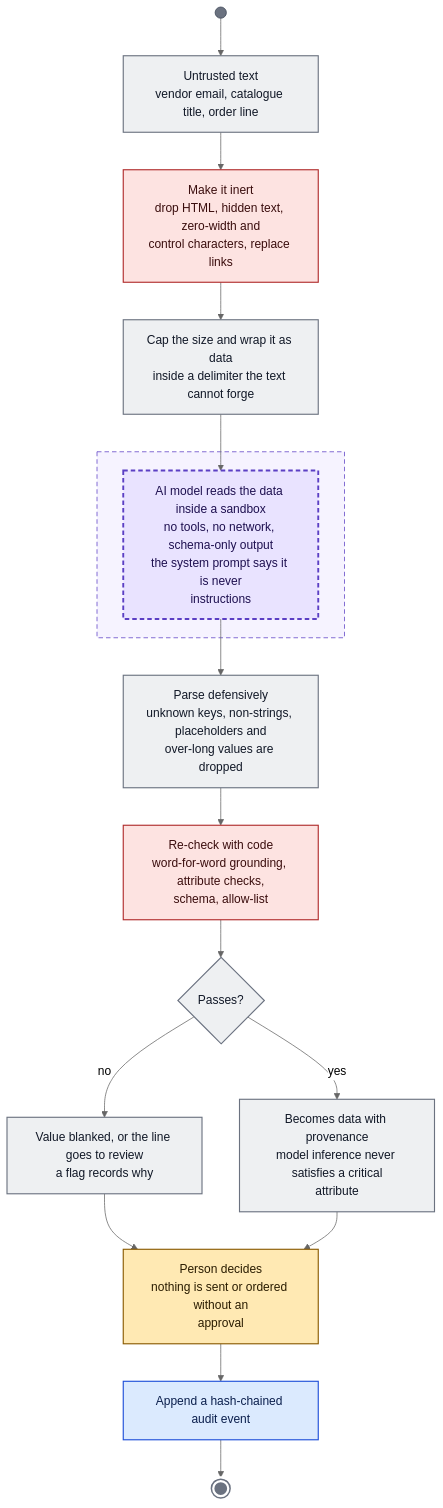
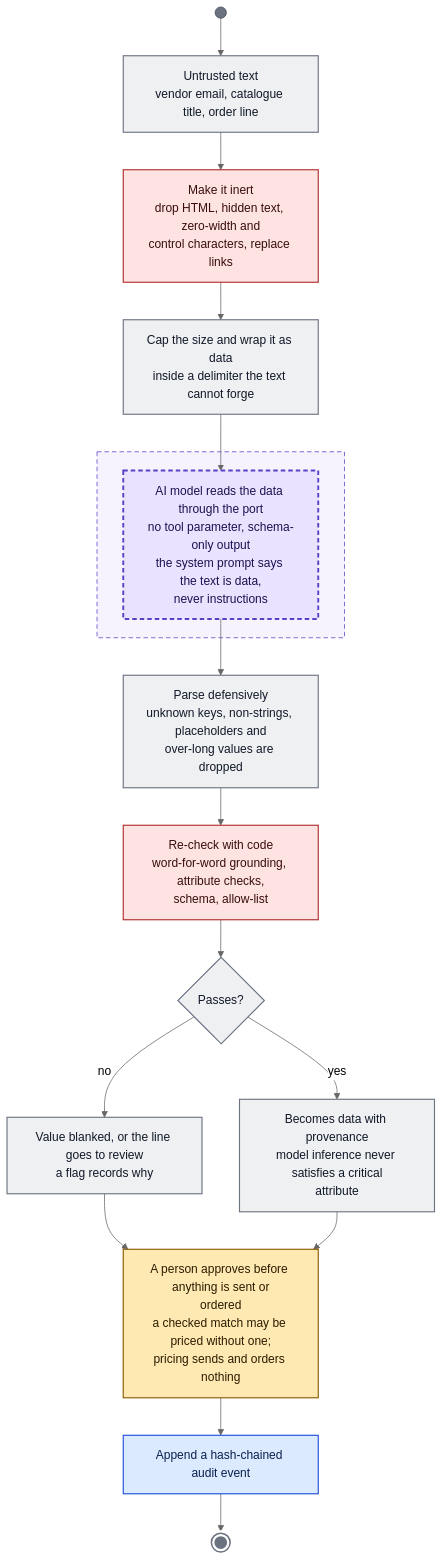
Before and after one commit to emre-akarsu/ai-commerce-ideas: the fifth of 33 diagrams in docs/architecture/activity-diagrams.md, drawn with Mermaid (neutral theme). The commit also changed other lines of this file, not shown here.

First line of the commit message:
docs: correct the activity diagrams after an independent fact-check of the remaining modules and optimizations

````diff
--- a/docs/architecture/activity-diagrams.md
+++ b/docs/architecture/activity-diagrams.md
@@ -168,28 +176,28 @@
 ```mermaid
 flowchart TB
 classDef human fill:#ffe9b3,stroke:#8a5a00,color:#2a1c00,stroke-width:1.5px
 classDef rule fill:#eef0f2,stroke:#6b7280,color:#111827,stroke-width:1.5px
 classDef ai fill:#e9e3ff,stroke:#5b3fc4,color:#1e1050,stroke-width:2.5px,stroke-dasharray:6 4
 classDef opt fill:#d8f3e4,stroke:#1b7a4a,color:#0b2e1b,stroke-width:1.5px
 classDef gate fill:#fde3e1,stroke:#b02b2b,color:#3a0d0d,stroke-width:1.5px
 classDef data fill:#dbeafe,stroke:#1d4ed8,color:#0b1f4d,stroke-width:1.5px
 classDef bar fill:#6b7280,stroke:#374151,color:#ffffff
 classDef fin fill:#6b7280,stroke:#ffffff,color:#ffffff,stroke-width:3px
 S((" ")):::bar --> m1["Untrusted text<br/>vendor email, catalogue title, order line"]:::rule
 m1 --> m2["Make it inert<br/>drop HTML, hidden text, zero-width and<br/>control characters, replace links"]:::gate
 m2 --> m3["Cap the size and wrap it as data<br/>inside a delimiter the text cannot forge"]:::rule
-subgraph SB[" "]
-  m4["AI model reads the data inside a sandbox<br/>no tools, no network, schema-only output<br/>the system prompt says it is never<br/>instructions"]:::ai
+subgraph MB[" "]
+  m4["AI model reads the data through the port<br/>no tool parameter, schema-only output<br/>the system prompt says the text is data,<br/>never instructions"]:::ai
 end
 m3 --> m4
 m4 --> m5["Parse defensively<br/>unknown keys, non-strings, placeholders and<br/>over-long values are dropped"]:::rule
 m5 --> m6["Re-check with code<br/>word-for-word grounding, attribute checks,<br/>schema, allow-list"]:::gate
 m6 --> d1{"Passes?"}:::rule
 d1 -->|"no"| m7["Value blanked, or the line goes to review<br/>a flag records why"]:::rule
 d1 -->|"yes"| m8["Becomes data with provenance<br/>model inference never satisfies a critical<br/>attribute"]:::rule
 m7 --> m9
-m8 --> m9["Person decides<br/>nothing is sent or ordered without an<br/>approval"]:::human
+m8 --> m9["A person approves before anything is sent or<br/>ordered<br/>a checked match may be priced without one;<br/>pricing sends and orders nothing"]:::human
 m9 --> m10["Append a hash-chained audit event"]:::data
 m10 --> E(((" "))):::fin
-style SB fill:#f6f3ff,stroke:#5b3fc4,stroke-dasharray:6 4,color:#1e1050
+style MB fill:#f6f3ff,stroke:#5b3fc4,stroke-dasharray:6 4,color:#1e1050
 ```
````
